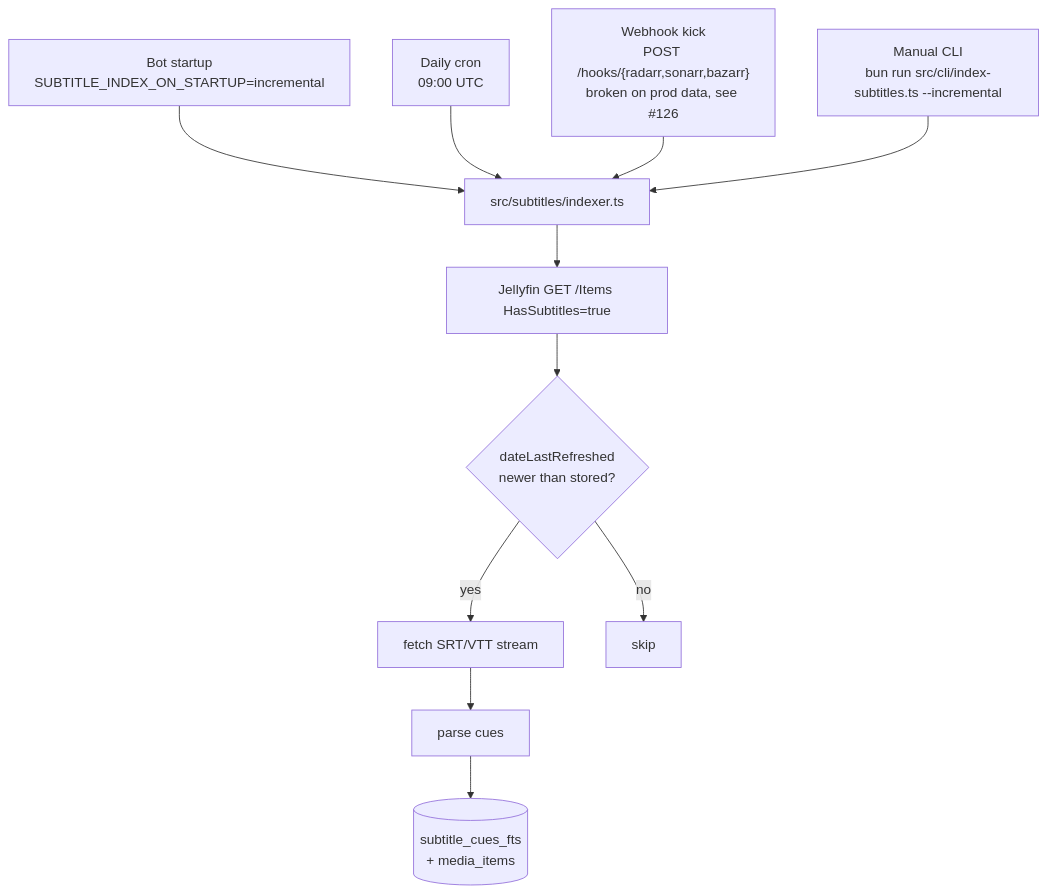
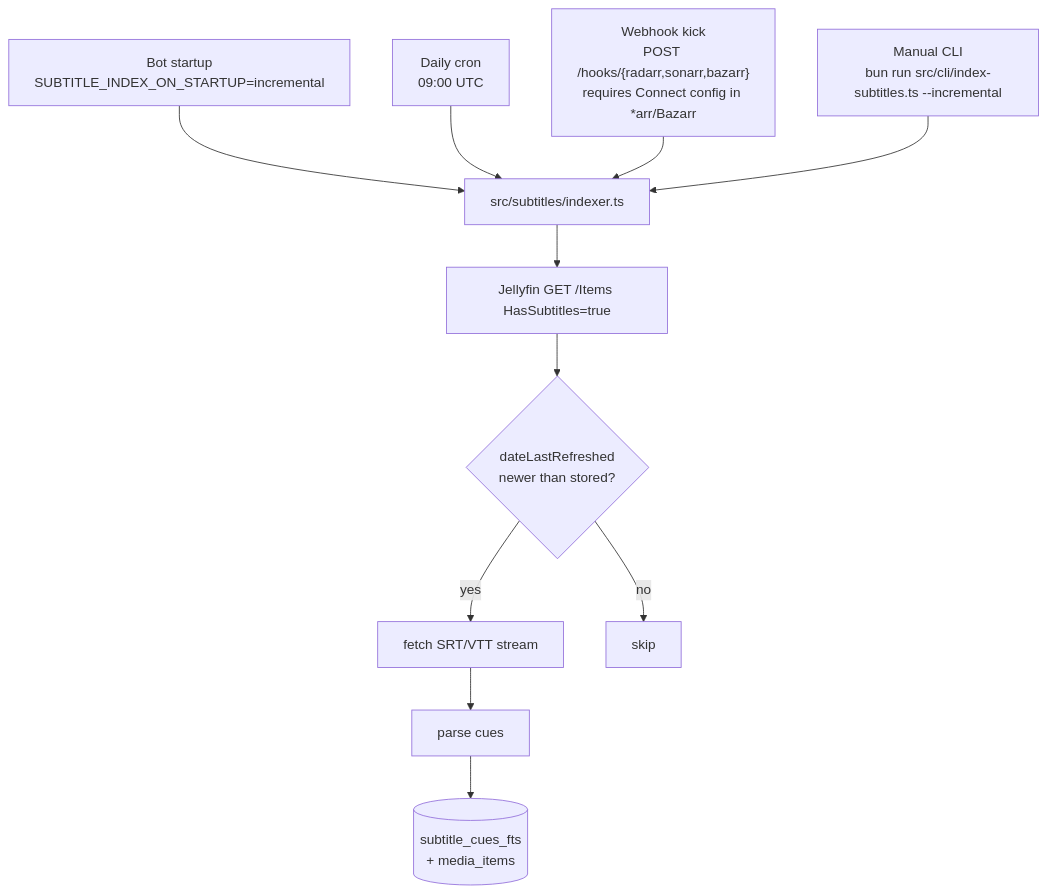
One commit to introVRt-Lounge/jellybot changed the fourth of 5 diagrams in docs/architecture.md. Above: the diagram before and after it, drawn with Mermaid. The commit also changed other lines of this file and 14 other files, not shown here.

````diff
--- a/docs/architecture.md
+++ b/docs/architecture.md
@@ -162,23 +162,23 @@
 ```mermaid
 flowchart TD
   A["Bot startup<br/>SUBTITLE_INDEX_ON_STARTUP=incremental"]
   B["Daily cron<br/>09:00 UTC"]
-  C["Webhook kick<br/>POST /hooks/{radarr,sonarr,bazarr}<br/>broken on prod data, see #126"]
+  C["Webhook kick<br/>POST /hooks/{radarr,sonarr,bazarr}<br/>requires Connect config in *arr/Bazarr"]
   D["Manual CLI<br/>bun run src/cli/index-subtitles.ts --incremental"]
 
   E["src/subtitles/indexer.ts"]
   F["Jellyfin GET /Items HasSubtitles=true"]
   G{"dateLastRefreshed<br/>newer than stored?"}
   H["fetch SRT/VTT stream"]
   I["parse cues"]
   J[("subtitle_cues_fts<br/>+ media_items")]
   K["skip"]
 
   A --> E
   B --> E
   C --> E
   D --> E
   E --> F --> G
   G -->|no| K
   G -->|yes| H --> I --> J
 ```
````
